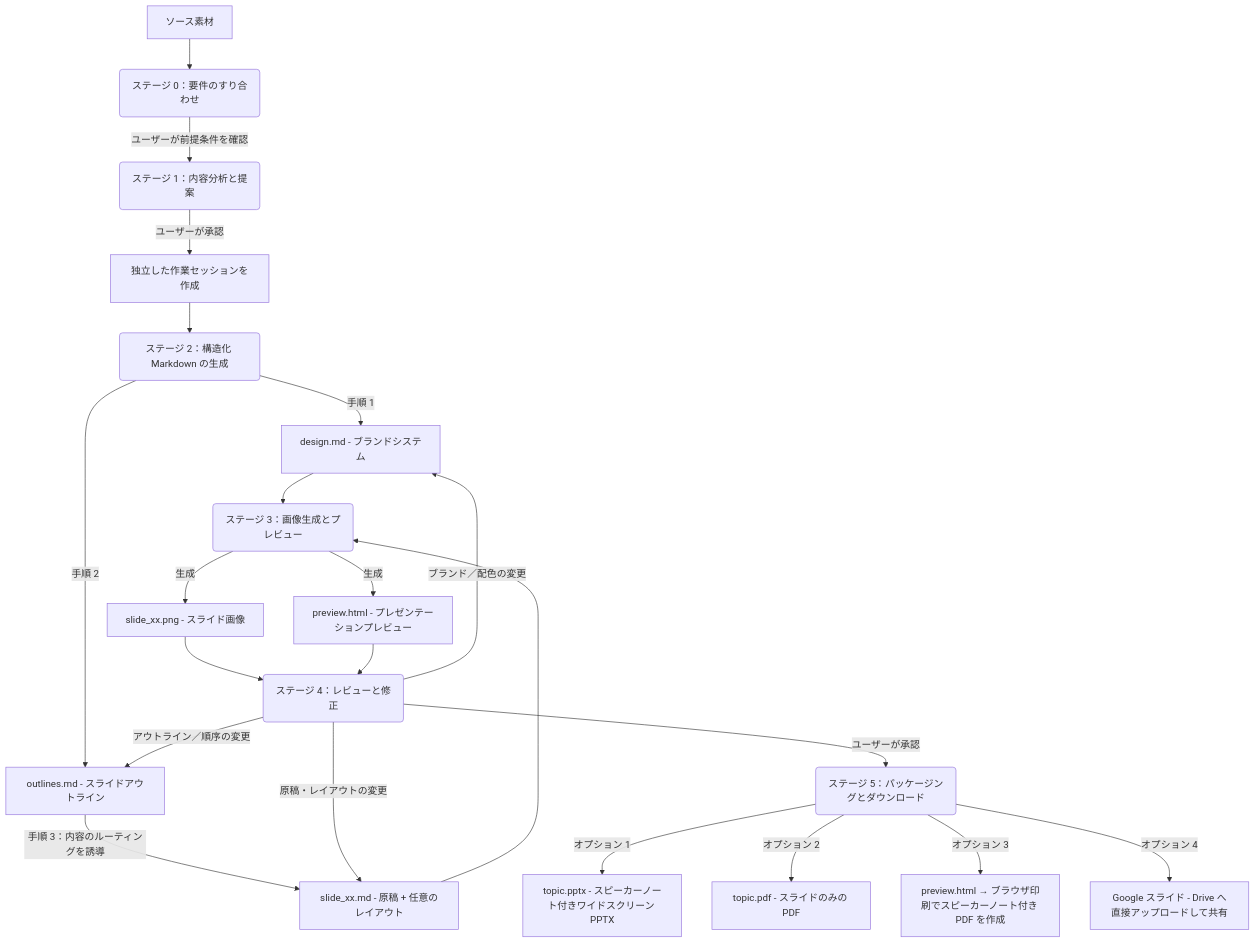
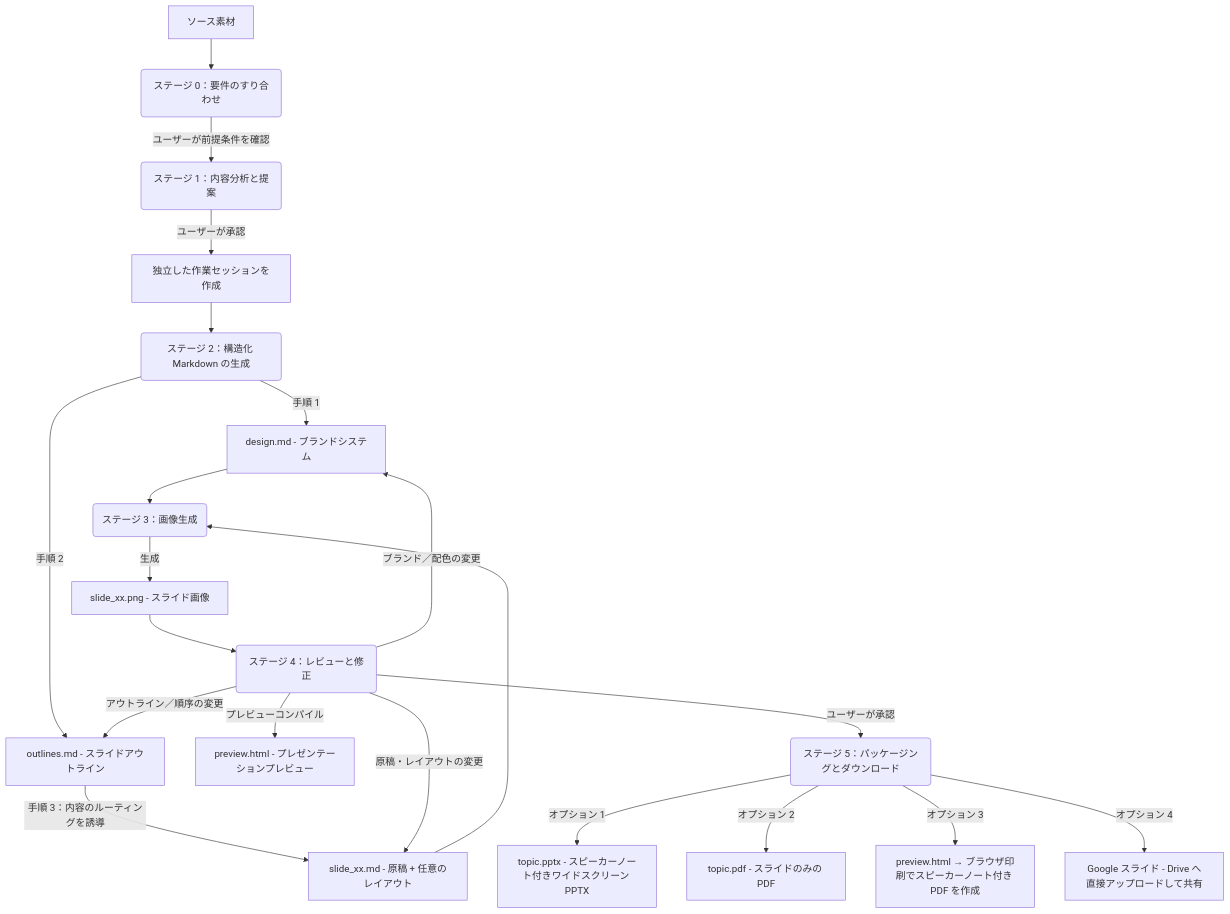
The diagram in README.ja.md (sylphlin/slide-gen-agent), drawn with Mermaid before and after one commit. The commit also changed other lines of this file and 6 other files, not shown here.

````diff
--- a/README.ja.md
+++ b/README.ja.md
@@ -23,27 +23,26 @@
 ```mermaid
 graph TD
     A[ソース素材] --> A0(ステージ 0：要件のすり合わせ)
     A0 -->|ユーザーが前提条件を確認| B(ステージ 1：内容分析と提案)
     B -->|ユーザーが承認| C[独立した作業セッションを作成]
     C --> D(ステージ 2：構造化 Markdown の生成)
 
     D -->|手順 1| E1[design.md - ブランドシステム]
     D -->|手順 2| E2[outlines.md - スライドアウトライン]
     E2 -->|手順 3：内容のルーティングを誘導| E3[slide_xx.md - 原稿 + 任意のレイアウト]
 
-    E1 & E3 --> F(ステージ 3：画像生成とプレビュー)
+    E1 & E3 --> F(ステージ 3：画像生成)
     F -->|生成| G1[slide_xx.png - スライド画像]
-    F -->|生成| G2[preview.html - プレゼンテーションプレビュー]
-
-    G1 & G2 --> H(ステージ 4：レビューと修正)
+    G1 --> H(ステージ 4：レビューと修正)
+    H -->|プレビューコンパイル| G2[preview.html - プレゼンテーションプレビュー]
 
     H -->|原稿・レイアウトの変更| E3
     H -->|アウトライン／順序の変更| E2
     H -->|ブランド／配色の変更| E1
 
     H -->|ユーザーが承認| I(ステージ 5：パッケージングとダウンロード)
     I -->|オプション 1| J[topic.pptx - スピーカーノート付きワイドスクリーン PPTX]
     I -->|オプション 2| K[topic.pdf - スライドのみの PDF]
     I -->|オプション 3| L[preview.html → ブラウザ印刷でスピーカーノート付き PDF を作成]
     I -->|オプション 4| M[Google スライド - Drive へ直接アップロードして共有]
 ```
````
